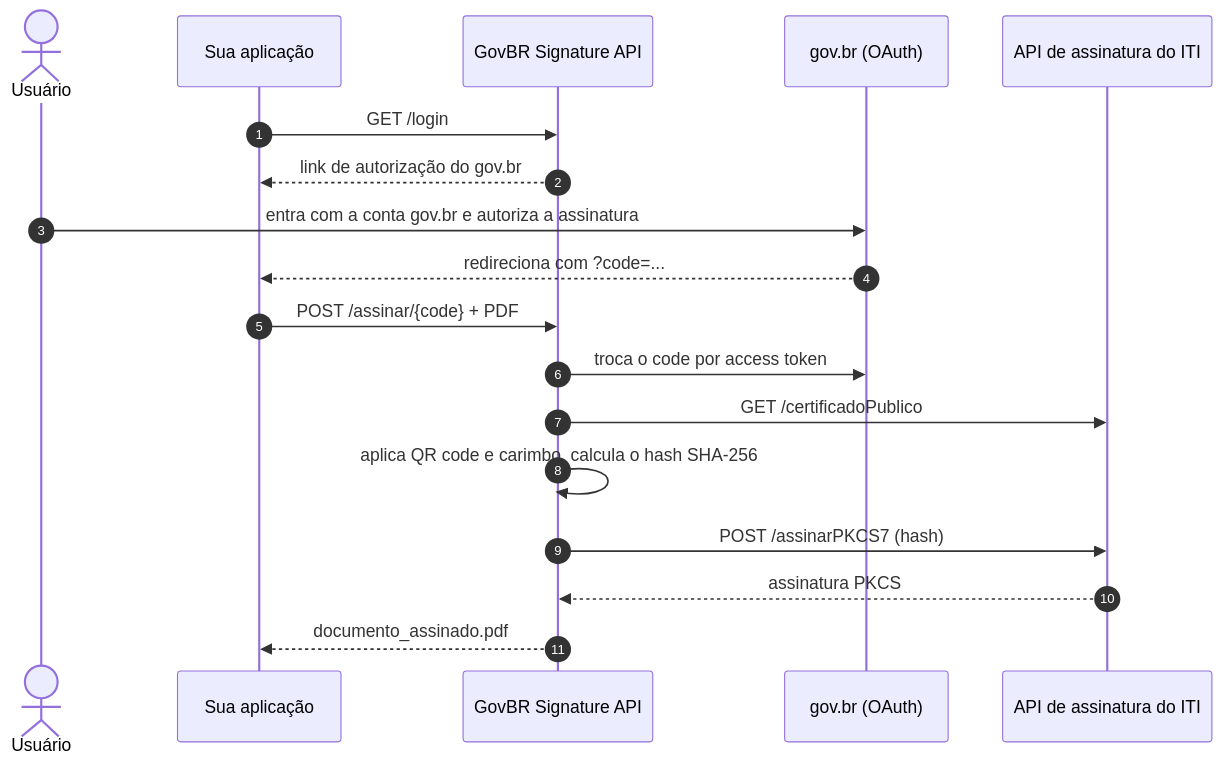
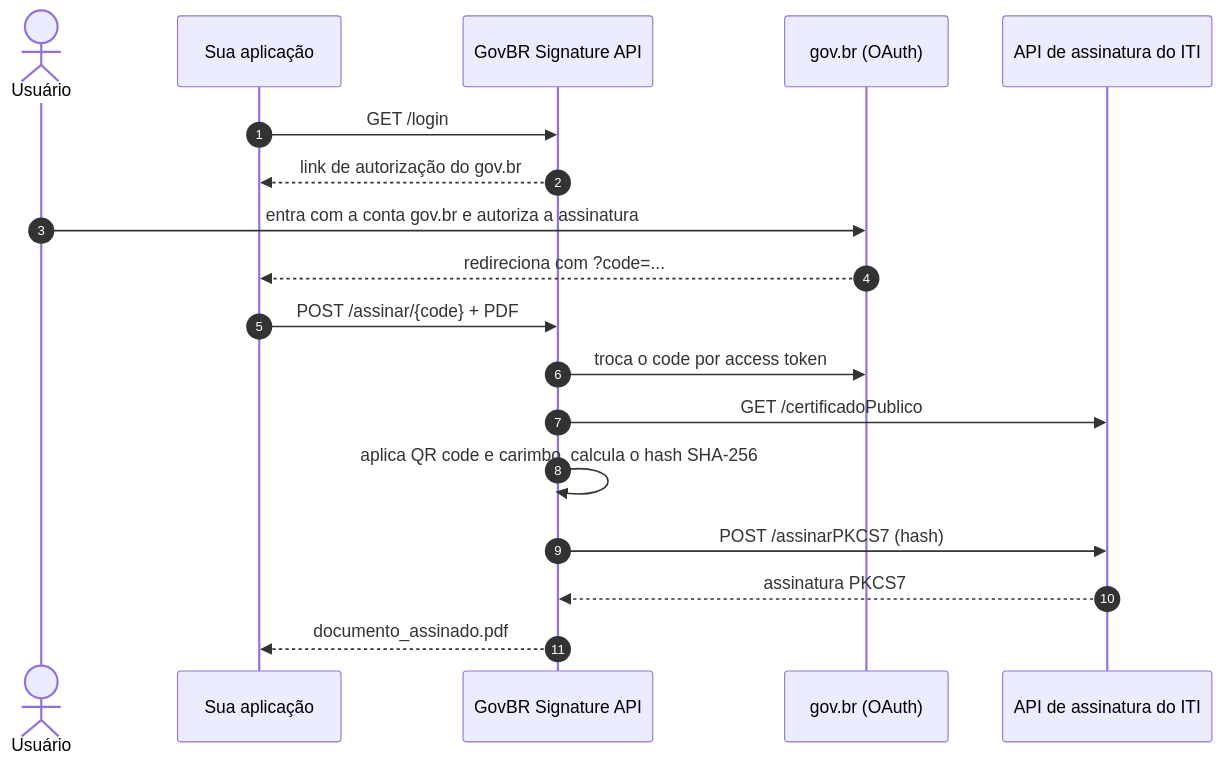
The diagram in README.md (ronnyarruda20/govbr-signature-integration), drawn with Mermaid before and after one commit.

Commit message:
README: corrige rótulo cortado no diagrama de sequência

````diff
--- a/README.md
+++ b/README.md
@@ -32,21 +32,21 @@
 ```mermaid
 sequenceDiagram
     autonumber
     actor U as Usuário
     participant App as Sua aplicação
     participant API as GovBR Signature API
     participant GOV as gov.br (OAuth)
     participant ITI as API de assinatura do ITI
 
     App->>API: GET /login
     API-->>App: link de autorização do gov.br
     U->>GOV: entra com a conta gov.br e autoriza a assinatura
     GOV-->>App: redireciona com ?code=...
     App->>API: POST /assinar/{code} + PDF
     API->>GOV: troca o code por access token
     API->>ITI: GET /certificadoPublico
     API->>API: aplica QR code e carimbo, calcula o hash SHA-256
     API->>ITI: POST /assinarPKCS7 (hash)
-    ITI-->>API: assinatura PKCS#7
+    ITI-->>API: assinatura PKCS7
     API-->>App: documento_assinado.pdf
 ```
````
